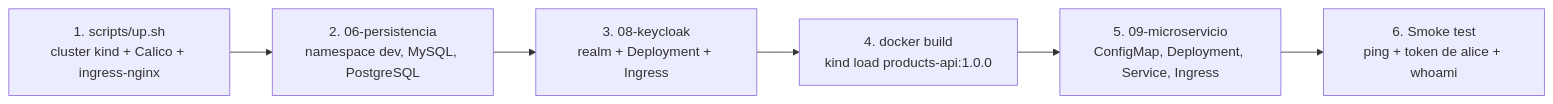
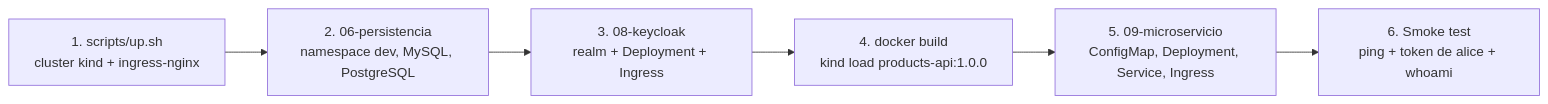
The second of 2 diagrams in 15-proyecto-final/README.md (devbryan02/k8s-curso-practico), drawn with Mermaid before and after one commit. The commit also changed other lines of this file and 25 other files, not shown here.

````diff
--- a/15-proyecto-final/README.md
+++ b/15-proyecto-final/README.md
@@ -53,8 +54,8 @@
 ```mermaid
 flowchart LR
-    S1["1. scripts/up.sh<br/>cluster kind + Calico + ingress-nginx"] --> S2["2. 06-persistencia<br/>namespace dev, MySQL, PostgreSQL"]
+    S1["1. scripts/up.sh<br/>cluster kind + ingress-nginx"] --> S2["2. 06-persistencia<br/>namespace dev, MySQL, PostgreSQL"]
     S2 --> S3["3. 08-keycloak<br/>realm + Deployment + Ingress"]
     S3 --> S4["4. docker build<br/>kind load products-api:1.0.0"]
     S4 --> S5["5. 09-microservicio<br/>ConfigMap, Deployment, Service, Ingress"]
     S5 --> S6["6. Smoke test<br/>ping + token de alice + whoami"]
 ```
````
